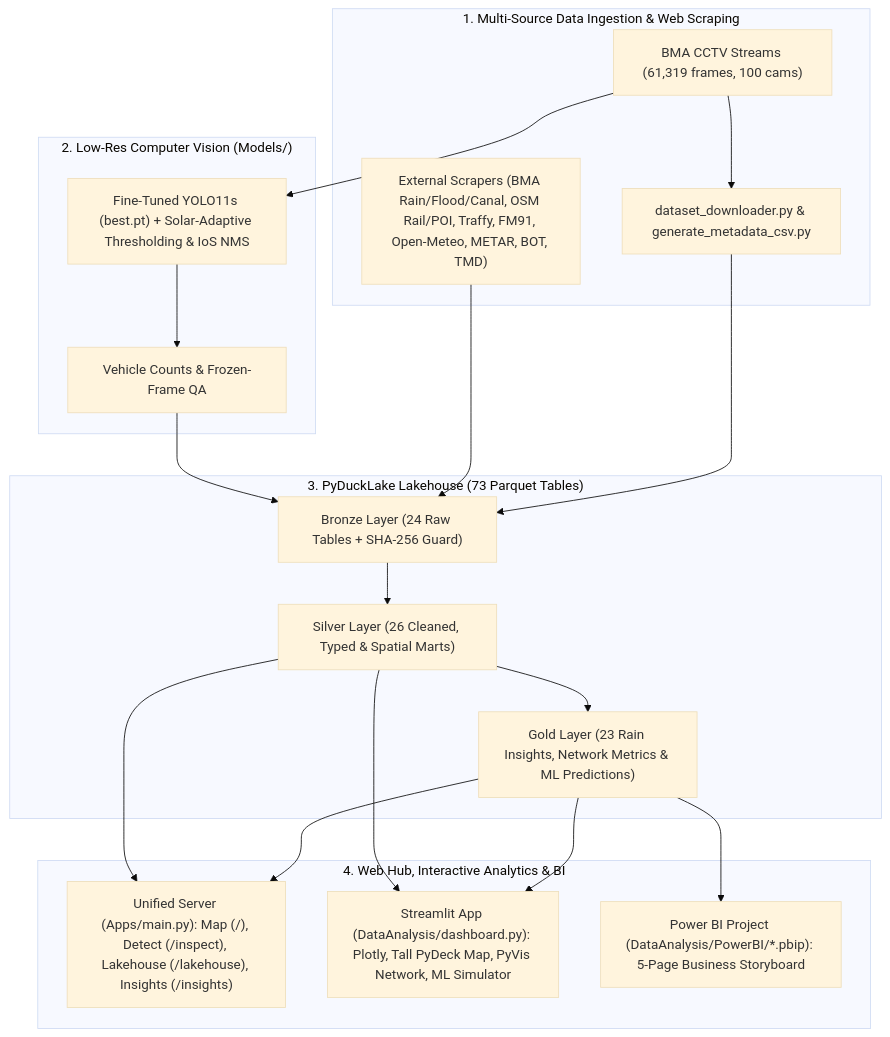
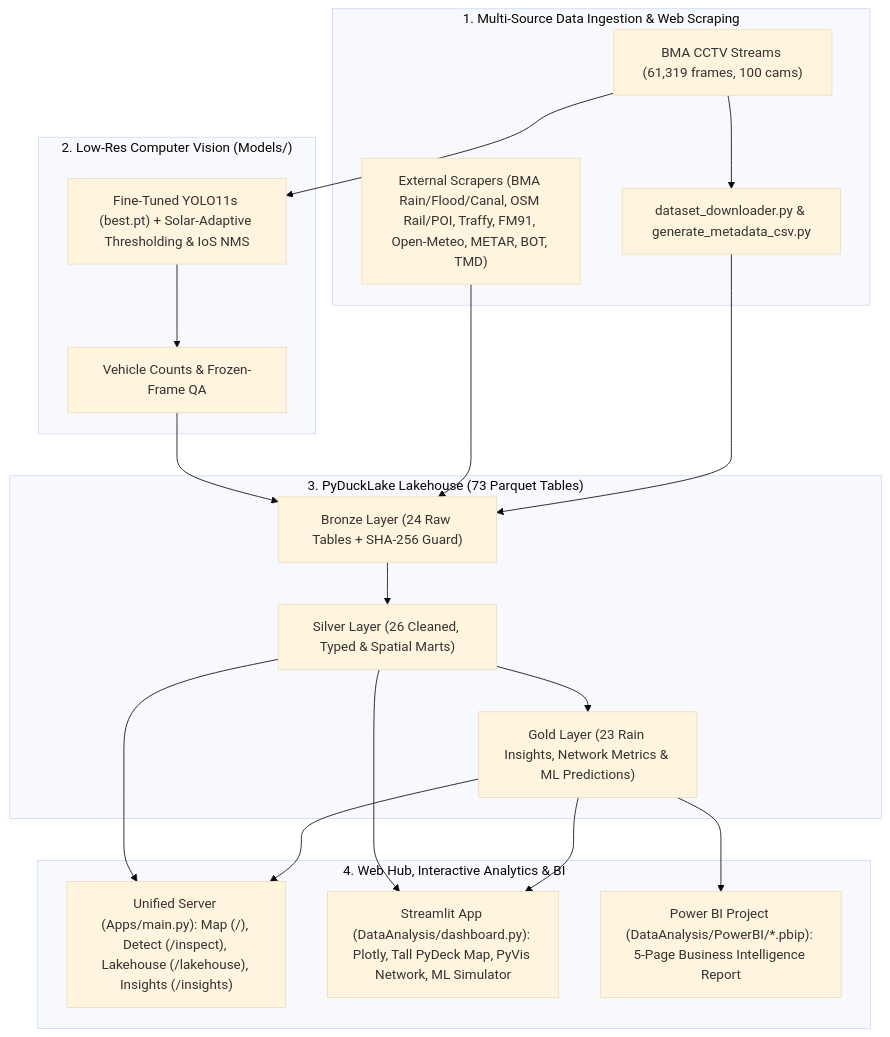
The diagram in README.md (MaxzyMVT/Bangkok-CCTV-Image-Analysis-DSDE), drawn with Mermaid (base theme) before and after one commit. The commit also changed 3 other files, not shown here.

````diff
--- a/README.md
+++ b/README.md
@@ -20,24 +20,24 @@
 ```mermaid
 flowchart TD
     subgraph Sources ["1. Multi-Source Data Ingestion & Web Scraping"]
         A["BMA CCTV Streams (61,319 frames, 100 cams)"] --> B["dataset_downloader.py & generate_metadata_csv.py"]
         E["External Scrapers (BMA Rain/Flood/Canal, OSM Rail/POI, Traffy, FM91, Open-Meteo, METAR, BOT, TMD)"]
     end
 
     subgraph Vision ["2. Low-Res Computer Vision (Models/)"]
         A --> H["Fine-Tuned YOLO11s (best.pt) + Solar-Adaptive Thresholding & IoS NMS"]
         H --> K["Vehicle Counts & Frozen-Frame QA"]
     end
 
     subgraph Lakehouse ["3. PyDuckLake Lakehouse (73 Parquet Tables)"]
         B & E & K --> BR["Bronze Layer (24 Raw Tables + SHA-256 Guard)"]
         BR --> SL["Silver Layer (26 Cleaned, Typed & Spatial Marts)"]
         SL --> GL["Gold Layer (23 Rain Insights, Network Metrics & ML Predictions)"]
     end
 
     subgraph Serving ["4. Web Hub, Interactive Analytics & BI"]
         GL & SL --> W["Unified Server (Apps/main.py): Map (/), Detect (/inspect), Lakehouse (/lakehouse), Insights (/insights)"]
         GL & SL --> ST["Streamlit App (DataAnalysis/dashboard.py): Plotly, Tall PyDeck Map, PyVis Network, ML Simulator"]
-        GL --> BI["Power BI Project (DataAnalysis/PowerBI/*.pbip): 5-Page Business Storyboard"]
+        GL --> BI["Power BI Project (DataAnalysis/PowerBI/*.pbip): 5-Page Business Intelligence Report"]
     end
 ```
````
